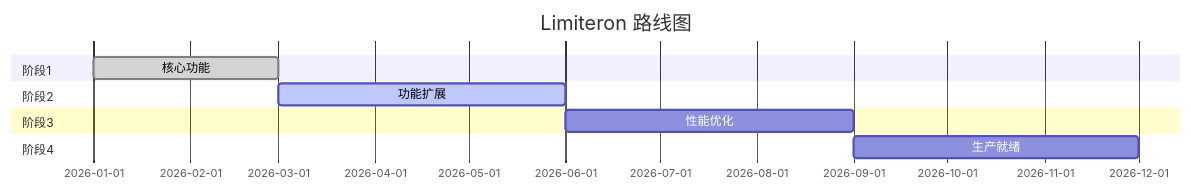
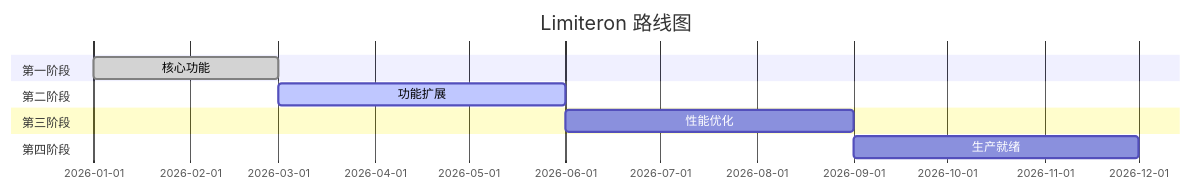
The third of 3 diagrams in README_zh.md (Kirky-X/limiteron), drawn with Mermaid before and after one commit. The commit also changed other lines of this file and 38 other files, not shown here.

````diff
--- a/README_zh.md
+++ b/README_zh.md
@@ -797,13 +893,13 @@
 ```mermaid
 gantt
     title Limiteron 路线图
     dateFormat  YYYY-MM
-    section 阶段1
+    section 第一阶段
     核心功能           :done, 2026-01, 2026-03
-    section 阶段2
+    section 第二阶段
     功能扩展      :active, 2026-03, 2026-06
-    section 阶段3
+    section 第三阶段
     性能优化 :2026-06, 2026-09
-    section 阶段4
+    section 第四阶段
     生产就绪        :2026-09, 2026-12
 ```
````
